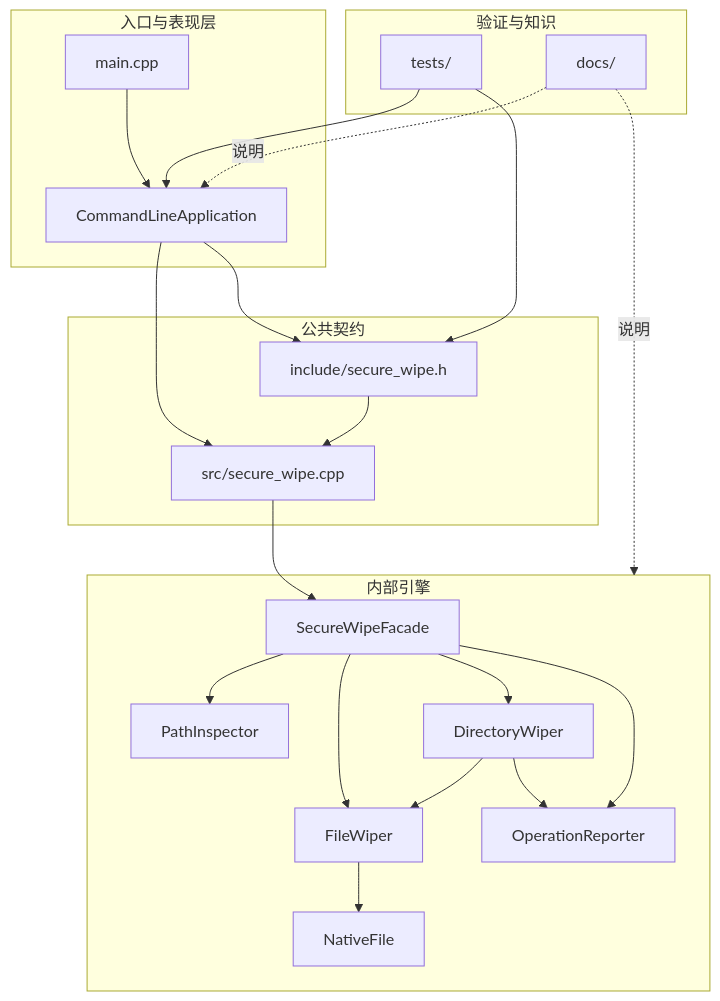
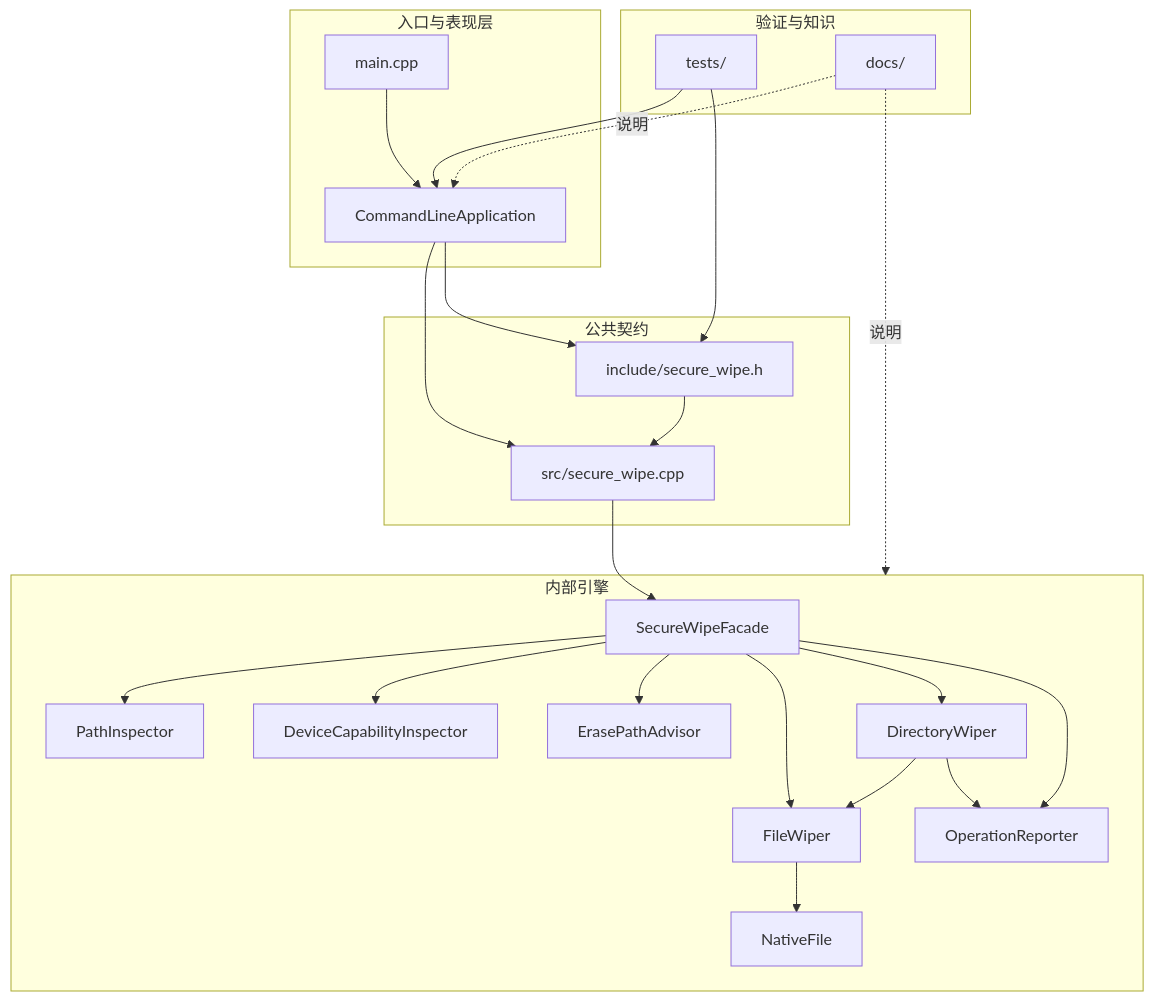
One commit to shushu-cell/SecureWipe-Cpp changed the second of 3 diagrams in docs/engineering/architecture.md. Above: the diagram before and after it, drawn with Mermaid. The commit also changed other lines of this file and 16 other files, not shown here.

Commit message:
Implement device capability inspection

````diff
--- a/docs/engineering/architecture.md
+++ b/docs/engineering/architecture.md
@@ -47,43 +47,47 @@
 ```mermaid
 flowchart TB
 	subgraph Entry[入口与表现层]
 		Main[main.cpp]
 		CLI[CommandLineApplication]
 	end
 
 	subgraph Contract[公共契约]
 		Header[include/secure_wipe.h]
 		ApiFacade[src/secure_wipe.cpp]
 	end
 
 	subgraph Engine[内部引擎]
 		Facade[SecureWipeFacade]
 		Inspector[PathInspector]
+		Capability[DeviceCapabilityInspector]
+		Advisor[ErasePathAdvisor]
 		Directory[DirectoryWiper]
 		File[FileWiper]
 		Native[NativeFile]
 		Reporter[OperationReporter]
 	end
 
 	subgraph Quality[验证与知识]
 		Tests[tests/]
 		Docs[docs/]
 	end
 
 	Main --> CLI
 	CLI --> Header
 	CLI --> ApiFacade
 	Header --> ApiFacade
 	ApiFacade --> Facade
 	Facade --> Inspector
+	Facade --> Capability
+	Facade --> Advisor
 	Facade --> Directory
 	Facade --> File
 	Directory --> File
 	File --> Native
 	Directory --> Reporter
 	Facade --> Reporter
 	Tests --> Header
 	Tests --> CLI
 	Docs -. 说明 .-> CLI
 	Docs -. 说明 .-> Engine
 ```
````
